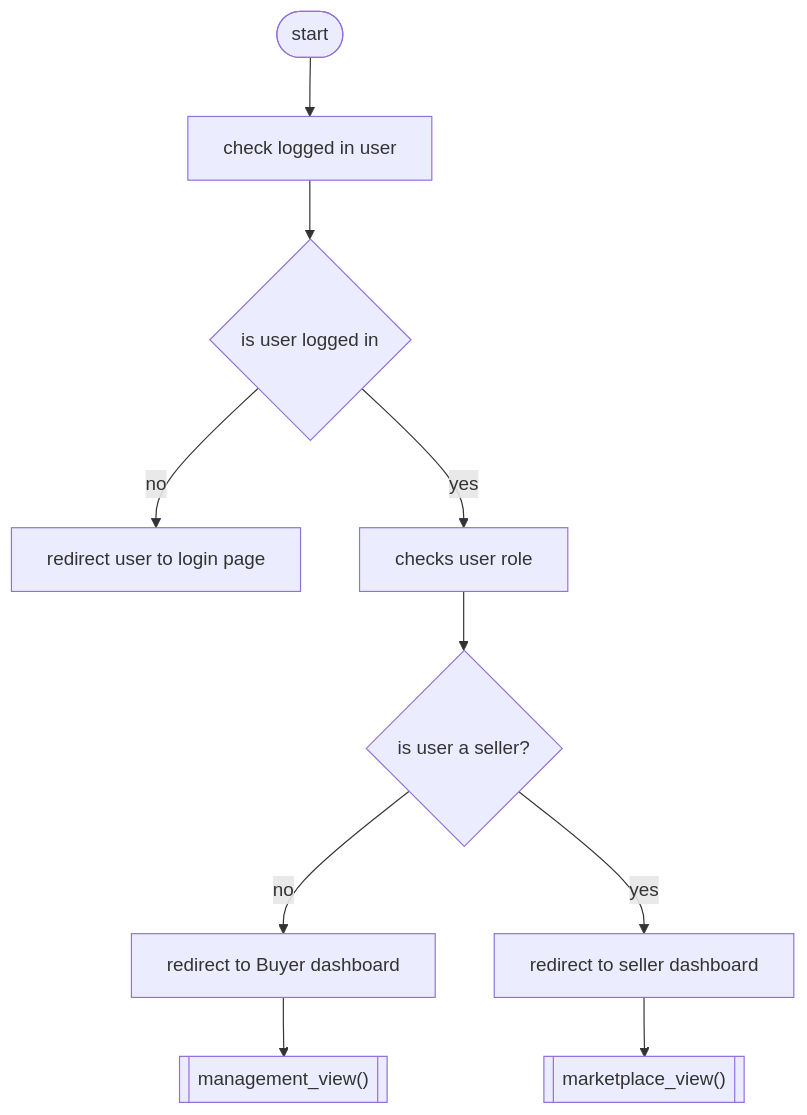
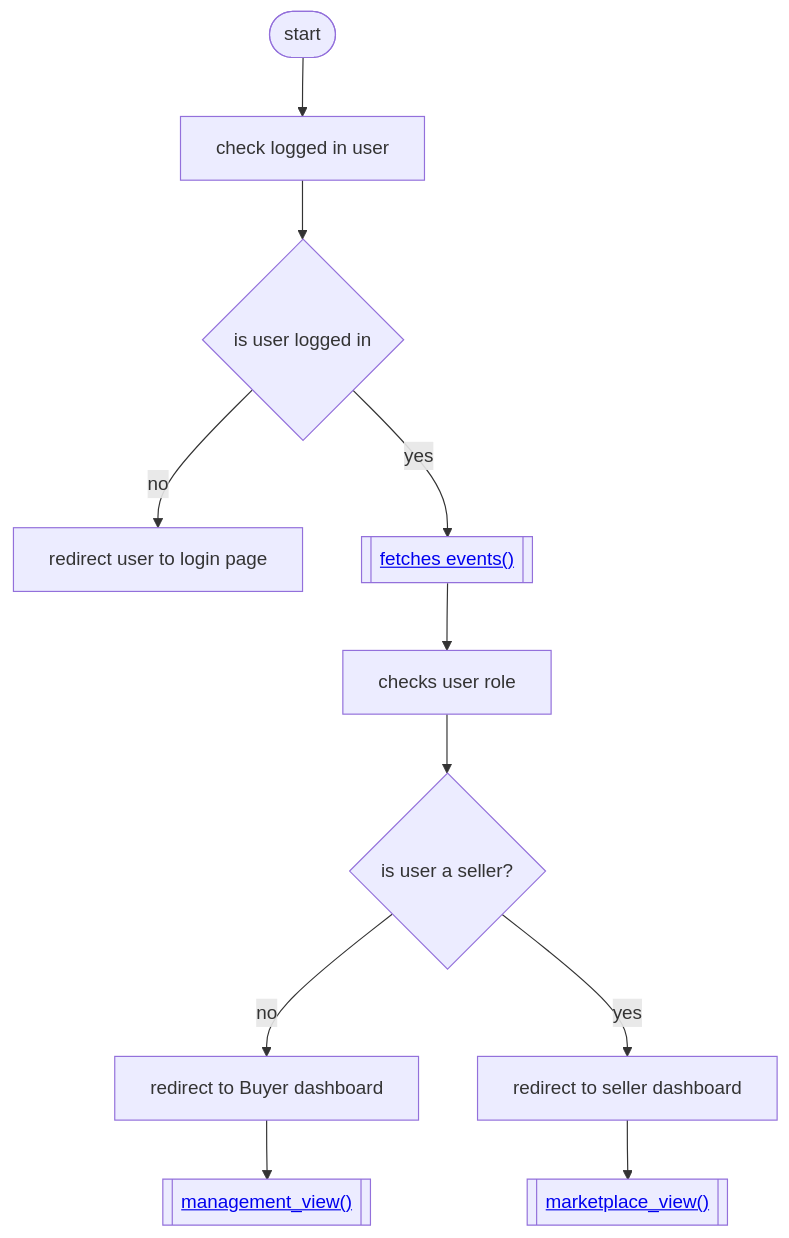
Before and after one commit to Lenninssp/Cannin-Tickets: the first of 11 diagrams in docs/dashboard.md, drawn with Mermaid. The commit also changed other lines of this file and 2 other files, not shown here.

````diff
--- a/docs/dashboard.md
+++ b/docs/dashboard.md
@@ -5,12 +5,14 @@
 ```mermaid
 flowchart TD
   start([start])
   start --> AA[check logged in user]
   AA --> AB{is user logged in}
   AB -- no --> ABerr[redirect user to login page]
-  AB -- yes --> A[checks user role]
+  AB -- yes --> AC[["<a href="#fetch-events">fetches events()</a>"]]
+
+  AC --> A[checks user role]
   A --> B{ is user a seller?}
-  B -- no  --> BA[redirect to Buyer dashboard] --> BB[["management_view()"]]
-  B -- yes --> BC[redirect to seller dashboard] --> BD[["marketplace_view()"]]
+  B -- no  --> BA[redirect to Buyer dashboard] --> BB[[" <a href="#management-view">management_view()</a>"]]
+  B -- yes --> BC[redirect to seller dashboard] --> BD[["<a href="#marketplace-view">marketplace_view()</a>"]]
 
 ```
````
